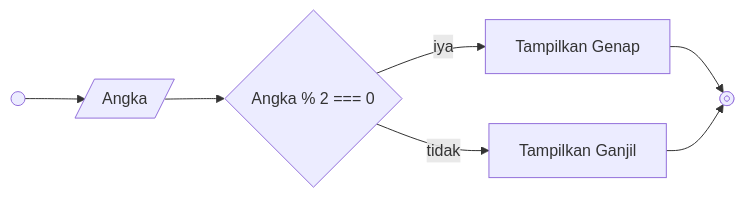
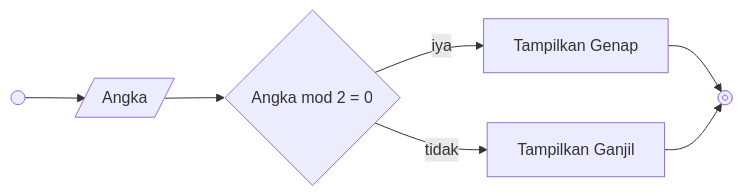
Before and after one commit to rizqyazhar/koda-b10-algoritma: the diagram in README.md, drawn with Mermaid.

Commit message:
change label decision symbol flowchart on README.md

````diff
--- a/README.md
+++ b/README.md
@@ -26,14 +26,14 @@
 ```mermaid
 flowchart LR
   A@{shape: start, label: "Start"}
   B@{shape: stop, label: "End"}
-  C@{shape: diam, label: "Angka % 2 === 0"}
+  C@{shape: diam, label: "Angka mod 2 = 0"}
   D@{shape: lean-r, label: "Angka"}
   E@{shape: rect, label: "Tampilkan Genap"}
   F@{shape: rect, label: "Tampilkan Ganjil"}
 
   A --> D --> C --iya--> E 
   C --tidak--> F
   E & F --> B
 
 ```
````
